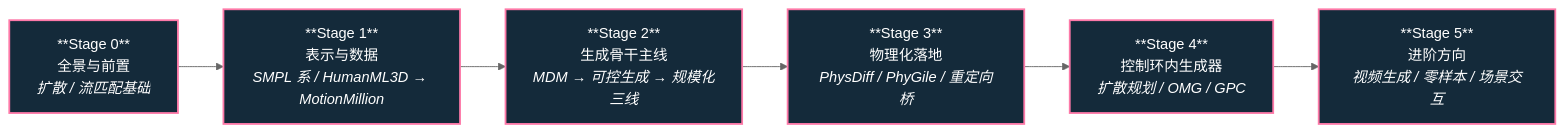
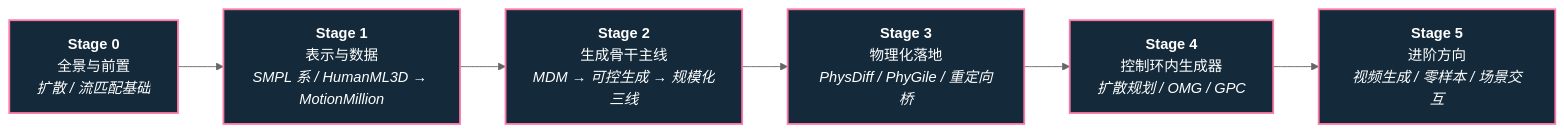
Before and after one commit to ImChong/Robotics_Notebooks: the diagram in roadmap/depth-motion-generation.md, drawn with Mermaid (neutral theme). The commit also changed 27 other files, not shown here.

First line of the commit message:
fix(ux): 修复纵深路线一览 Mermaid 节点 ** 原样显示

````diff
--- a/roadmap/depth-motion-generation.md
+++ b/roadmap/depth-motion-generation.md
@@ -7,14 +7,14 @@
 ```mermaid
 flowchart LR
-  S0["**Stage 0**<br/>全景与前置<br/><em>扩散 / 流匹配基础</em>"]
-  S1["**Stage 1**<br/>表示与数据<br/><em>SMPL 系 / HumanML3D → MotionMillion</em>"]
-  S2["**Stage 2**<br/>生成骨干主线<br/><em>MDM → 可控生成 → 规模化三线</em>"]
-  S3["**Stage 3**<br/>物理化落地<br/><em>PhysDiff / PhyGile / 重定向桥</em>"]
-  S4["**Stage 4**<br/>控制环内生成器<br/><em>扩散规划 / OMG / GPC</em>"]
-  S5["**Stage 5**<br/>进阶方向<br/><em>视频生成 / 零样本 / 场景交互</em>"]
+  S0["<b>Stage 0</b><br/>全景与前置<br/><em>扩散 / 流匹配基础</em>"]
+  S1["<b>Stage 1</b><br/>表示与数据<br/><em>SMPL 系 / HumanML3D → MotionMillion</em>"]
+  S2["<b>Stage 2</b><br/>生成骨干主线<br/><em>MDM → 可控生成 → 规模化三线</em>"]
+  S3["<b>Stage 3</b><br/>物理化落地<br/><em>PhysDiff / PhyGile / 重定向桥</em>"]
+  S4["<b>Stage 4</b><br/>控制环内生成器<br/><em>扩散规划 / OMG / GPC</em>"]
+  S5["<b>Stage 5</b><br/>进阶方向<br/><em>视频生成 / 零样本 / 场景交互</em>"]
 
   S0 --> S1 --> S2 --> S3 --> S4 --> S5
 
   classDef stage fill:#142a3a,stroke:#fd79a8,stroke-width:2px,color:#fff
   class S0,S1,S2,S3,S4,S5 stage
 ```
````
